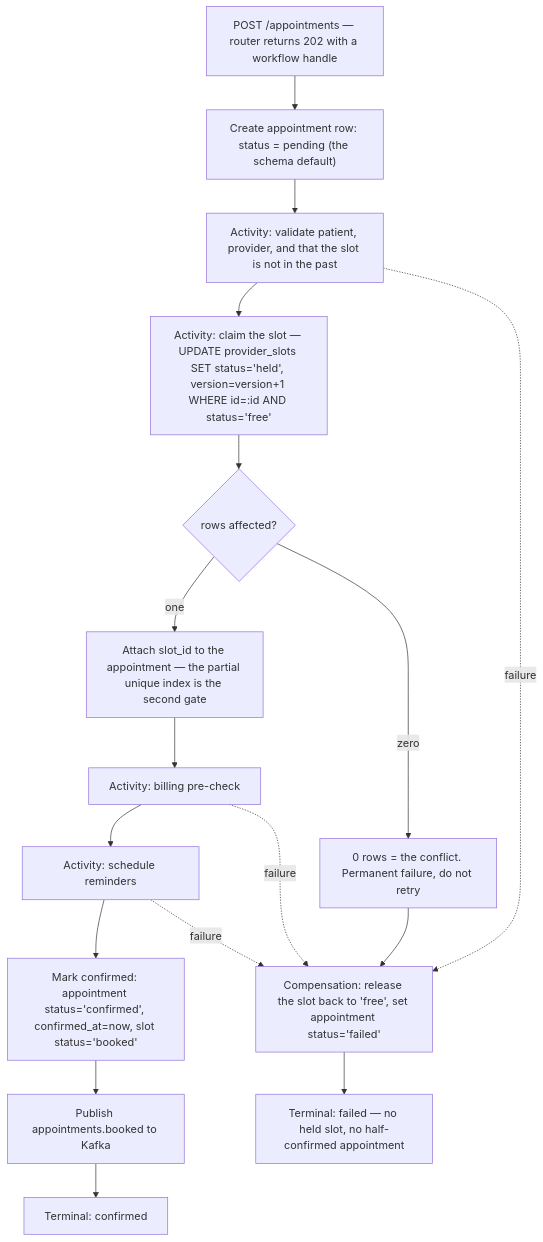
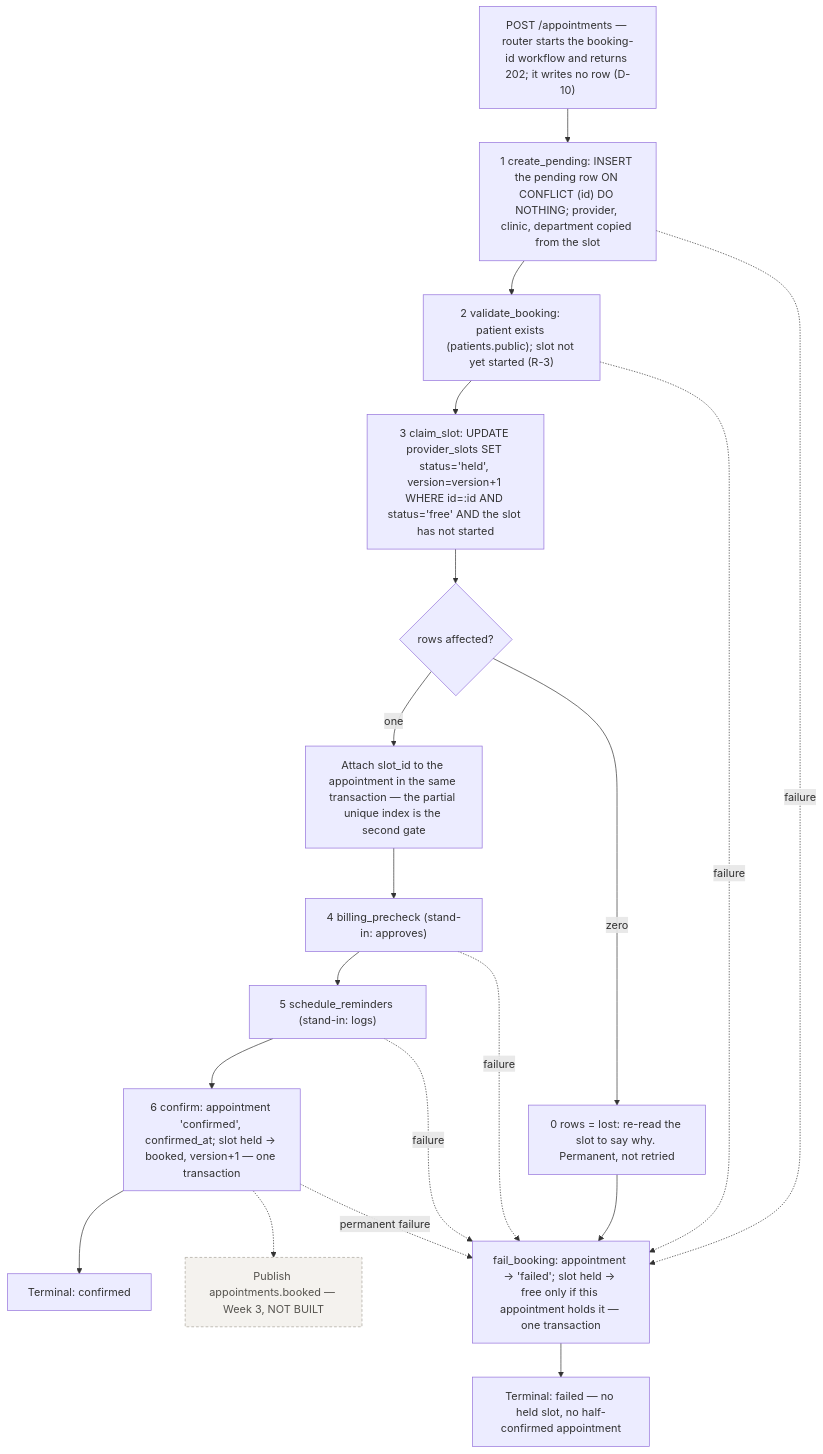
One commit to sadainiqrar/smarthealth changed the eighth of 9 diagrams in docs/ARCHITECTURE.md. Above: the diagram before and after it, drawn with Mermaid. The commit also changed other lines of this file and 3 other files, not shown here.

````diff
--- a/docs/ARCHITECTURE.md
+++ b/docs/ARCHITECTURE.md
@@ -746,26 +909,32 @@
 ```mermaid
 flowchart TD
-    start["POST /appointments — router returns 202 with a workflow handle"]
-    create["Create appointment row: status = pending (the schema default)"]
-    validate["Activity: validate patient, provider, and that the slot is not in the past"]
-    reserve["Activity: claim the slot — UPDATE provider_slots SET status='held', version=version+1 WHERE id=:id AND status='free'"]
+    start["POST /appointments — router starts the booking-id workflow and returns 202; it writes no row (D-10)"]
+    create["1 create_pending: INSERT the pending row ON CONFLICT (id) DO NOTHING; provider, clinic, department copied from the slot"]
+    validate["2 validate_booking: patient exists (patients.public); slot not yet started (R-3)"]
+    reserve["3 claim_slot: UPDATE provider_slots SET status='held', version=version+1 WHERE id=:id AND status='free' AND the slot has not started"]
     rows{"rows affected?"}
-    conflict["0 rows = the conflict. Permanent failure, do not retry"]
-    attach["Attach slot_id to the appointment — the partial unique index is the second gate"]
-    billing["Activity: billing pre-check"]
-    notify["Activity: schedule reminders"]
-    confirm["Mark confirmed: appointment status='confirmed', confirmed_at=now, slot status='booked'"]
-    publish["Publish appointments.booked to Kafka"]
+    conflict["0 rows = lost: re-read the slot to say why. Permanent, not retried"]
+    attach["Attach slot_id to the appointment in the same transaction — the partial unique index is the second gate"]
+    billing["4 billing_precheck (stand-in: approves)"]
+    notify["5 schedule_reminders (stand-in: logs)"]
+    confirm["6 confirm: appointment 'confirmed', confirmed_at; slot held → booked, version+1 — one transaction"]
+    publish["Publish appointments.booked — Week 3, NOT BUILT"]
     done["Terminal: confirmed"]
-    comp["Compensation: release the slot back to 'free', set appointment status='failed'"]
+    comp["fail_booking: appointment → 'failed'; slot held → free only if this appointment holds it — one transaction"]
     failed["Terminal: failed — no held slot, no half-confirmed appointment"]
 
     start --> create --> validate --> reserve --> rows
     rows -->|one| attach
     rows -->|zero| conflict --> comp
-    attach --> billing --> notify --> confirm --> publish --> done
+    attach --> billing --> notify --> confirm --> done
+    confirm -.-> publish
+    create -. failure .-> comp
     validate -. failure .-> comp
     billing -. failure .-> comp
     notify -. failure .-> comp
+    confirm -. permanent failure .-> comp
     comp --> failed
+
+    classDef notbuilt fill:#f4f2ee,stroke:#a9a49a,stroke-dasharray:4 3,color:#55534e
+    class publish notbuilt
 ```
````
